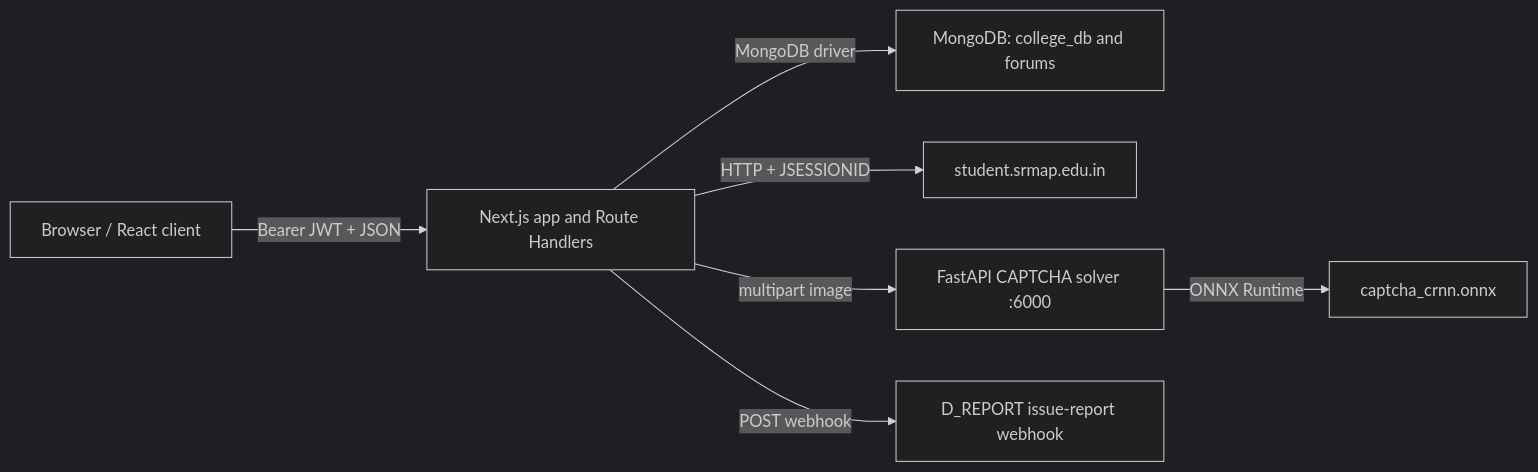
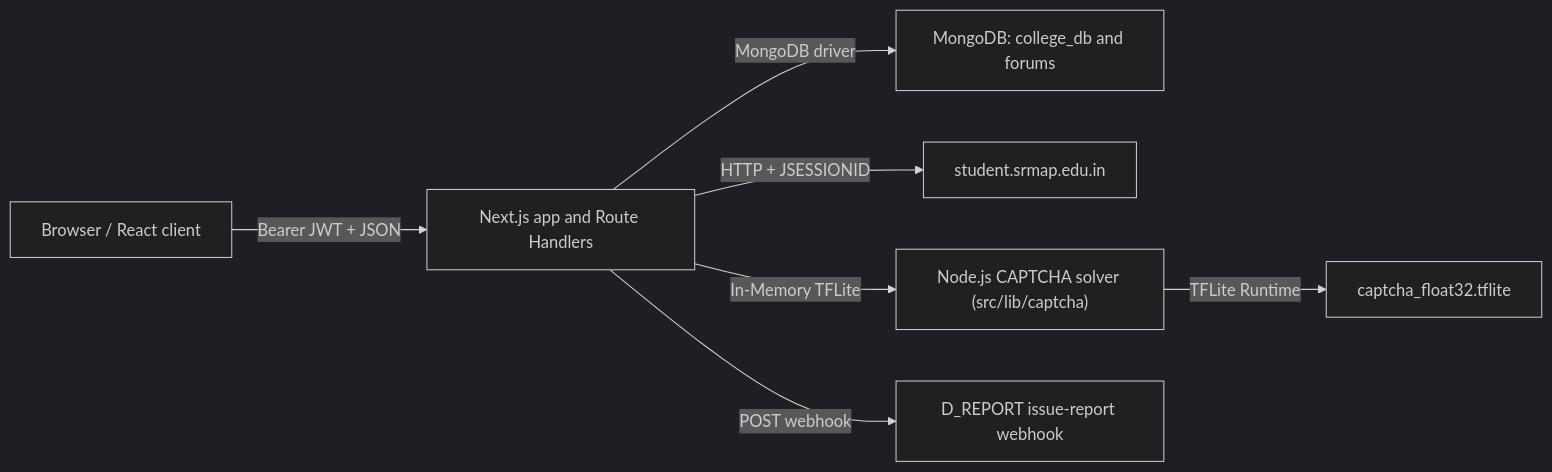
One commit to StoreVia/Srmap-Api changed the diagram in readme.md. Above: the diagram before and after it, drawn with Mermaid (dark theme). The commit also changed other lines of this file and 13 other files, not shown here.

First line of the commit message:
Replace Python CAPTCHA solver with Node TFLite module

````diff
--- a/readme.md
+++ b/readme.md
@@ -22,9 +22,9 @@
 ```mermaid
 flowchart LR
   Browser["Browser / React client"] -->|"Bearer JWT + JSON"| Next["Next.js app and Route Handlers"]
   Next -->|"MongoDB driver"| Mongo["MongoDB: college_db and forums"]
   Next -->|"HTTP + JSESSIONID"| SRM["student.srmap.edu.in"]
-  Next -->|"multipart image"| Captcha["FastAPI CAPTCHA solver :6000"]
-  Captcha -->|"ONNX Runtime"| Model["captcha_crnn.onnx"]
+  Next -->|"In-Memory TFLite"| Captcha["Node.js CAPTCHA solver (src/lib/captcha)"]
+  Captcha -->|"TFLite Runtime"| Model["captcha_float32.tflite"]
   Next -->|"POST webhook"| Report["D_REPORT issue-report webhook"]
 ```
````
